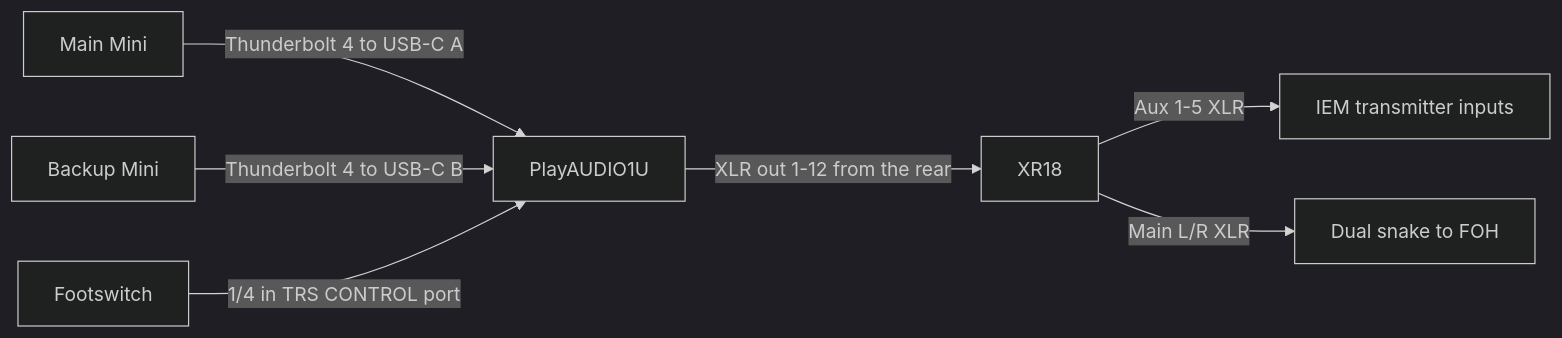
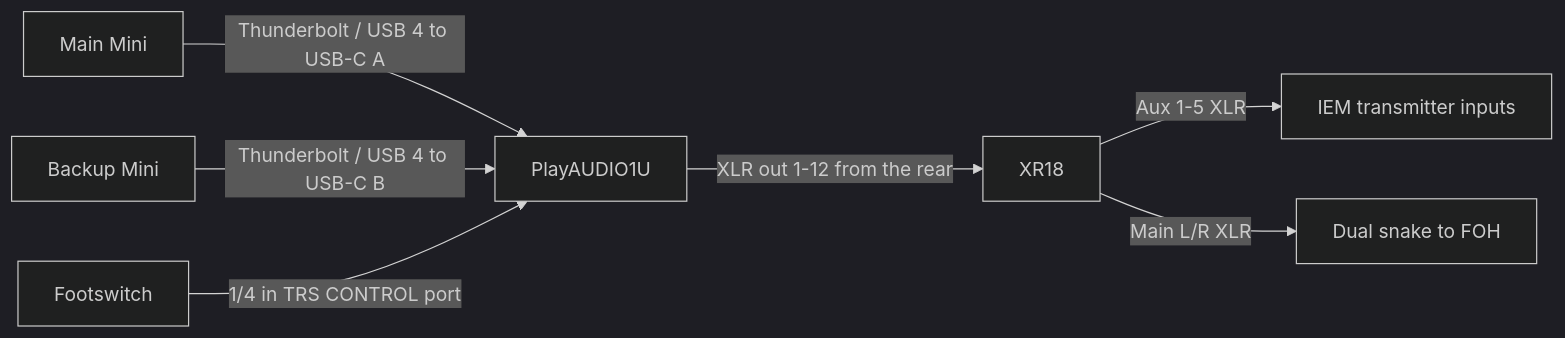
Before and after one commit to kemckai/efc-playback-rig: the diagram in docs/cable-schedule.md, drawn with Mermaid (dark theme). The commit also changed other lines of this file and 8 other files, not shown here.

````diff
--- a/docs/cable-schedule.md
+++ b/docs/cable-schedule.md
@@ -54,9 +54,9 @@
 ```mermaid
 flowchart LR
-  MM[Main Mini] -- "Thunderbolt 4 to USB-C A" --> PA[PlayAUDIO1U]
-  BM[Backup Mini] -- "Thunderbolt 4 to USB-C B" --> PA
+  MM[Main Mini] -- "Thunderbolt / USB 4 to USB-C A" --> PA[PlayAUDIO1U]
+  BM[Backup Mini] -- "Thunderbolt / USB 4 to USB-C B" --> PA
   PA -- "XLR out 1-12 from the rear" --> XR[XR18]
   XR -- "Aux 1-5 XLR" --> IEM[IEM transmitter inputs]
   XR -- "Main L/R XLR" --> SN[Dual snake to FOH]
   FS[Footswitch] -- "1/4 in TRS CONTROL port" --> PA
 ```
````
